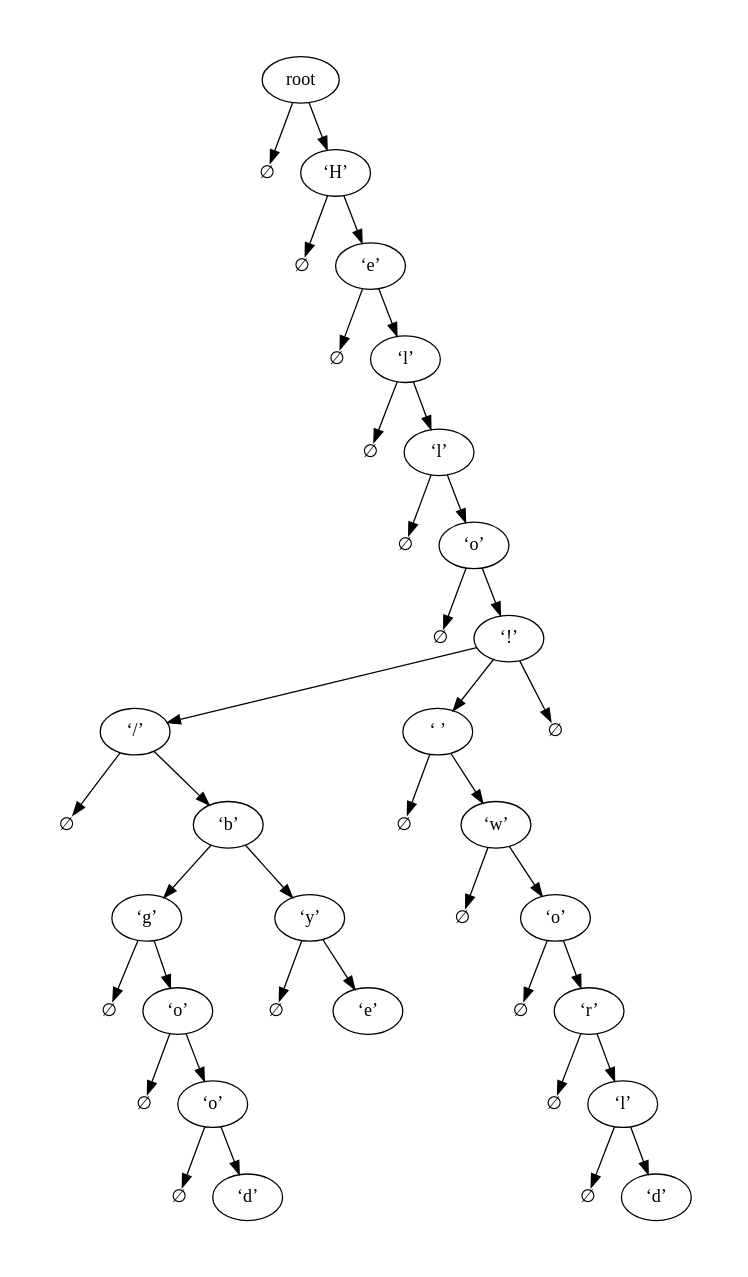
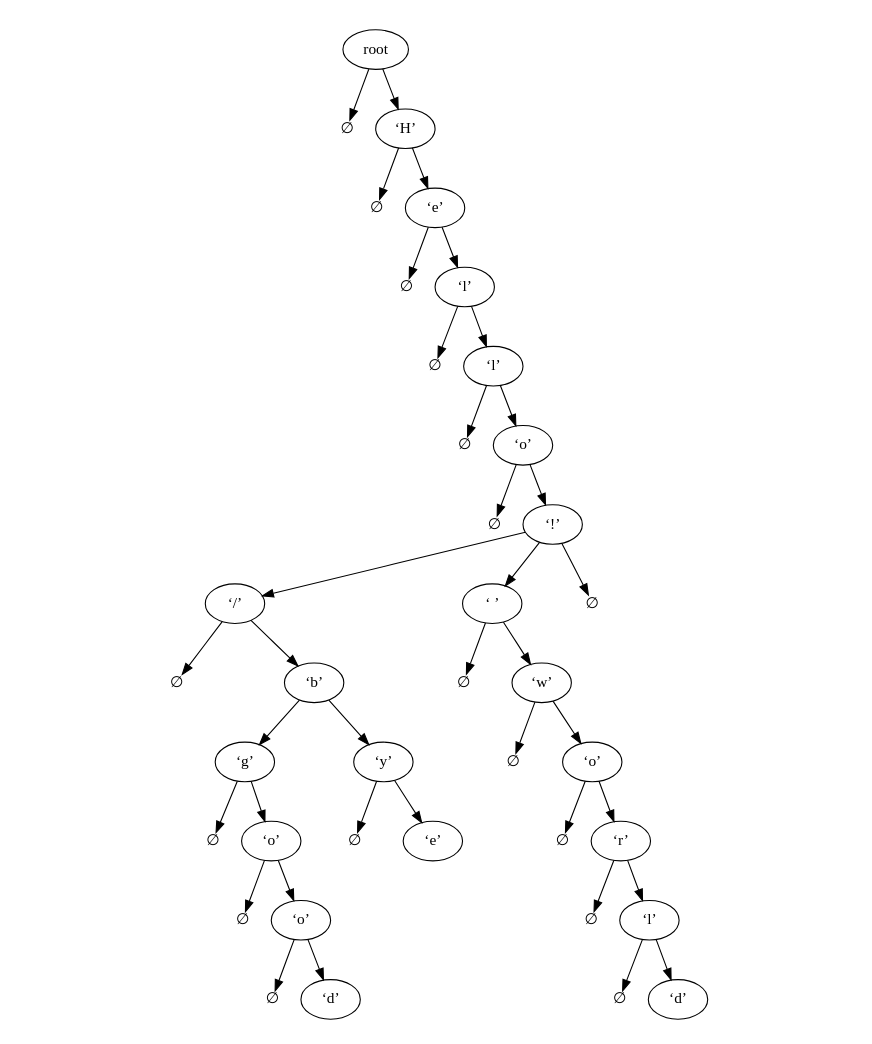
Before and after one commit to taylordotfish/eips: the diagram in doc/assets/tree.dot, drawn with Graphviz. The commit also changed 1 other file, not shown here.

```diff
--- a/doc/assets/tree.dot
+++ b/doc/assets/tree.dot
@@ -1,126 +1,112 @@
 /*
  * Copyright (C) 2025 taylor.fish <contact@taylor.fish>
  *
  * This file is part of Eips.
  *
  * Eips is free software: you can redistribute it and/or modify it under
  * the terms of the GNU Affero General Public License as published by
  * the Free Software Foundation, either version 3 of the License, or
  * (at your option) any later version.
  *
  * Eips is distributed in the hope that it will be useful, but WITHOUT
  * ANY WARRANTY; without even the implied warranty of MERCHANTABILITY
  * or FITNESS FOR A PARTICULAR PURPOSE. See the GNU Affero General
  * Public License for more details.
  *
  * You should have received a copy of the GNU Affero General Public
  * License along with Eips. If not, see <https://www.gnu.org/licenses/>.
  */
 
 digraph {
-    pad = .5;
-    splines = false;
+    size = "100, 11"
+    pad = "2, .25"
+    splines = false
 
     {
         node [label="∅", shape=none, fixedsize=true, width=.21, height=.21]
-        x0;
-        x1;
-        x2;
-        x3;
-        x4;
-        x5;
-        x8;
-        x9;
-        x10;
-        x11;
-        x12;
-        x14;
-        x16;
-        x18;
-        x19;
-        x20;
+        x0; x1; x2; x3; x4; x5; x8; x9; x10; x11; x12; x14; x16; x18; x19; x20
     }
 
-    n0 [label="root"];
-    n0 -> x0;
-    n0 -> n1;
-    n1 [label="‘H’"];
-    n1 -> x1;
-    n1 -> n2;
-    n2 [label="‘e’"];
-    n2 -> x2;
-    n2 -> n3;
-    n3 [label="‘l’"];
-    n3 -> x3;
-    n3 -> n4;
-    n4 [label="‘l’"];
-    n4 -> x4;
-    n4 -> n5;
-    n5 [label="‘o’"];
-    n5 -> x5;
-    n5 -> n6;
-    n6 [label="‘!’"];
-    n6 -> n14;
-    n6i1 [label="", style=invis, width=2];
-    n6 -> n6i1 [style=invis];
-    n6 -> n8;
-    n6i2 [label="", style=invis, width=0];
-    n6 -> n6i2 [style=invis];
-    n6i3 [label="", style=invis, width=0];
-    n6 -> n6i3 [style=invis];
+    n0 [label="root"]
+    n0 -> x0
+    n0 -> n1
+    n1 [label="‘H’"]
+    n1 -> x1
+    n1 -> n2
+    n2 [label="‘e’"]
+    n2 -> x2
+    n2 -> n3
+    n3 [label="‘l’"]
+    n3 -> x3
+    n3 -> n4
+    n4 [label="‘l’"]
+    n4 -> x4
+    n4 -> n5
+    n5 [label="‘o’"]
+    n5 -> x5
+    n5 -> n6
+    n6 [label="‘!’"]
+    n6 -> n14
+    n6i1 [label="", style=invis, width=2]
+    n6 -> n6i1 [style=invis]
+    n6 -> n8
+    n6i2 [label="", style=invis, width=0]
+    n6 -> n6i2 [style=invis]
+    n6i3 [label="", style=invis, width=0]
+    n6 -> n6i3 [style=invis]
     x6 [label="∅", shape=none, fixedsize=true, width=.21, height=.21]
-    n6 -> x6;
-    n6i4 [label="", style=invis, width=0];
-    n6 -> n6i4 [style=invis];
-    n6i5 [label="", style=invis, width=0];
-    n6 -> n6i5 [style=invis];
+    n6 -> x6
+    n6i4 [label="", style=invis, width=0]
+    n6 -> n6i4 [style=invis]
+    n6i5 [label="", style=invis, width=0]
+    n6 -> n6i5 [style=invis]
 
-    n8 [label="‘ ’"];
-    n8 -> x8;
-    n8i1 [shape=point, style=invis, width=0];
-    n8 -> n8i1 [style=invis];
-    n8 -> n9;
-    n9 [label="‘w’"];
-    n9 -> x9;
-    n9i1 [label="", style=invis, width=0];
-    n9 -> n9i1 [style=invis];
-    n9 -> n10;
-    n10 [label="‘o’"];
-    n10 -> x10;
-    n10 -> n11;
-    n11 [label="‘r’"];
-    n11 -> x11;
-    n11 -> n12;
-    n12 [label="‘l’"];
-    n12 -> x12;
-    n12 -> n13;
-    n13 [label="‘d’"];
+    n8 [label="‘ ’"]
+    n8 -> x8
+    n8i1 [shape=point, style=invis, width=0]
+    n8 -> n8i1 [style=invis]
+    n8 -> n9
+    n9 [label="‘w’"]
+    n9 -> x9
+    n9i1 [label="", style=invis, width=0]
+    n9 -> n9i1 [style=invis]
+    n9 -> n10
+    n10 [label="‘o’"]
+    n10 -> x10
+    n10 -> n11
+    n11 [label="‘r’"]
+    n11 -> x11
+    n11 -> n12
+    n12 [label="‘l’"]
+    n12 -> x12
+    n12 -> n13
+    n13 [label="‘d’"]
 
-    n14 [label="‘/’"];
-    n14 -> x14;
+    n14 [label="‘/’"]
+    n14 -> x14
     n14i1 [label="", style=invis]
-    n14 -> n14i1 [style=invis];
-    n14 -> n15;
-    n15 [label="‘b’"];
-    n15 -> n18;
-    n15i1 [label="", style=invis, width=.5];
-    n15 -> n15i1 [style=invis];
-    n15 -> n16;
-    n16 [label="‘y’"];
-    n16 -> x16;
-    n16i1 [shape=point, style=invis, width=0];
-    n16 -> n16i1 [style=invis];
-    n16 -> n17;
-    n17 [label="‘e’"];
+    n14 -> n14i1 [style=invis]
+    n14 -> n15
+    n15 [label="‘b’"]
+    n15 -> n18
+    n15i1 [label="", style=invis, width=.5]
+    n15 -> n15i1 [style=invis]
+    n15 -> n16
+    n16 [label="‘y’"]
+    n16 -> x16
+    n16i1 [shape=point, style=invis, width=0]
+    n16 -> n16i1 [style=invis]
+    n16 -> n17
+    n17 [label="‘e’"]
 
-    n18 [label="‘g’"];
-    n18 -> x18;
-    n18 -> n19;
-    n19 [label="‘o’"];
-    n19 -> x19;
-    n19 -> n20;
-    n20 [label="‘o’"];
-    n20 -> x20;
-    n20 -> n21;
-    n21 [label="‘d’"];
+    n18 [label="‘g’"]
+    n18 -> x18
+    n18 -> n19
+    n19 [label="‘o’"]
+    n19 -> x19
+    n19 -> n20
+    n20 [label="‘o’"]
+    n20 -> x20
+    n20 -> n21
+    n21 [label="‘d’"]
 }
```
